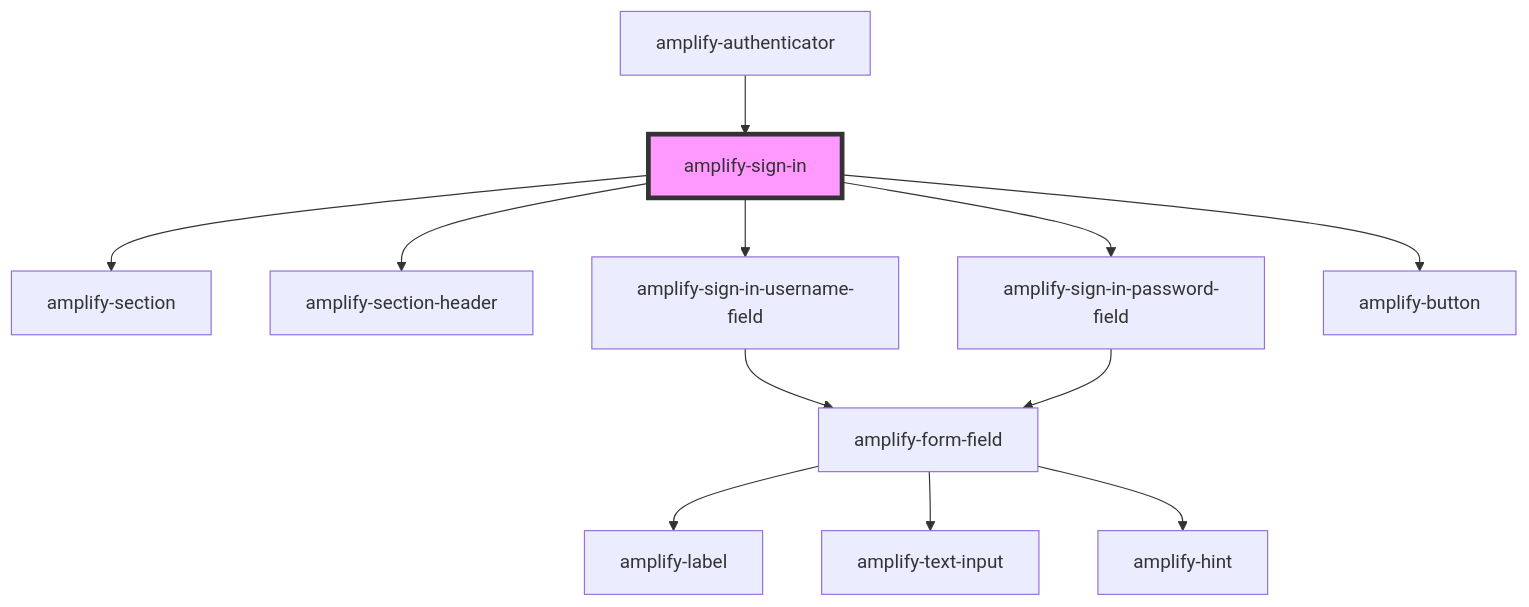
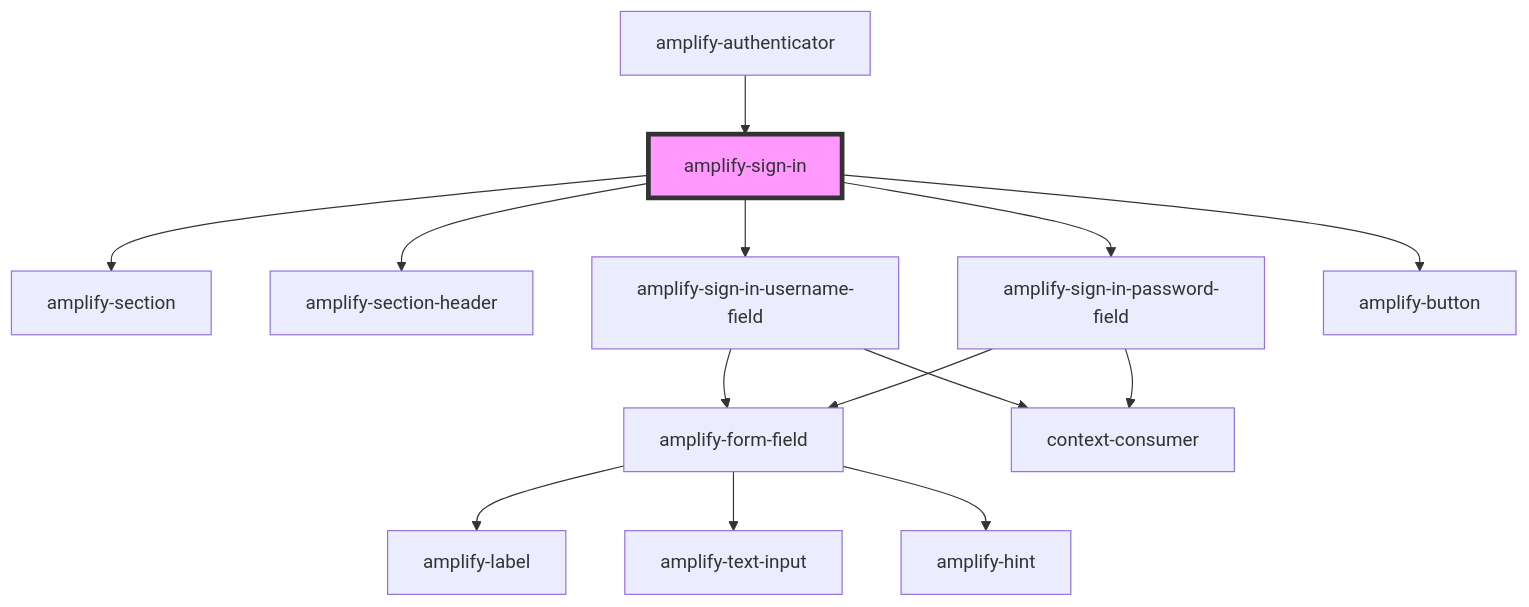
One commit to aws-amplify/amplify-js changed the diagram in packages/amplify-ui-components/src/components/amplify-sign-in/readme.md. Above: the diagram before and after it, drawn with Mermaid. The commit also changed 19 other files, not shown here.

````diff
--- a/packages/amplify-ui-components/src/components/amplify-sign-in/readme.md
+++ b/packages/amplify-ui-components/src/components/amplify-sign-in/readme.md
@@ -31,15 +31,17 @@
 ```mermaid
 graph TD;
   amplify-sign-in --> amplify-section
   amplify-sign-in --> amplify-section-header
   amplify-sign-in --> amplify-sign-in-username-field
   amplify-sign-in --> amplify-sign-in-password-field
   amplify-sign-in --> amplify-button
   amplify-sign-in-username-field --> amplify-form-field
+  amplify-sign-in-username-field --> context-consumer
   amplify-form-field --> amplify-label
   amplify-form-field --> amplify-text-input
   amplify-form-field --> amplify-hint
   amplify-sign-in-password-field --> amplify-form-field
+  amplify-sign-in-password-field --> context-consumer
   amplify-authenticator --> amplify-sign-in
   style amplify-sign-in fill:#f9f,stroke:#333,stroke-width:4px
 ```
````
